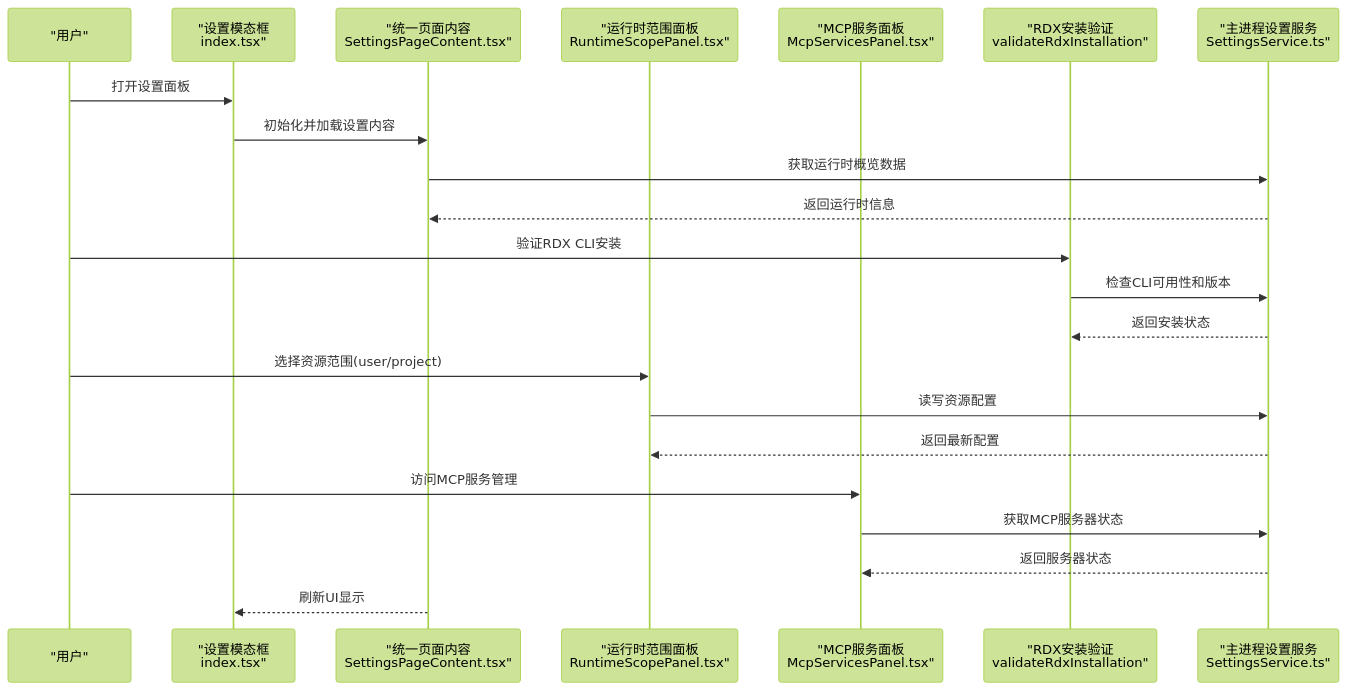
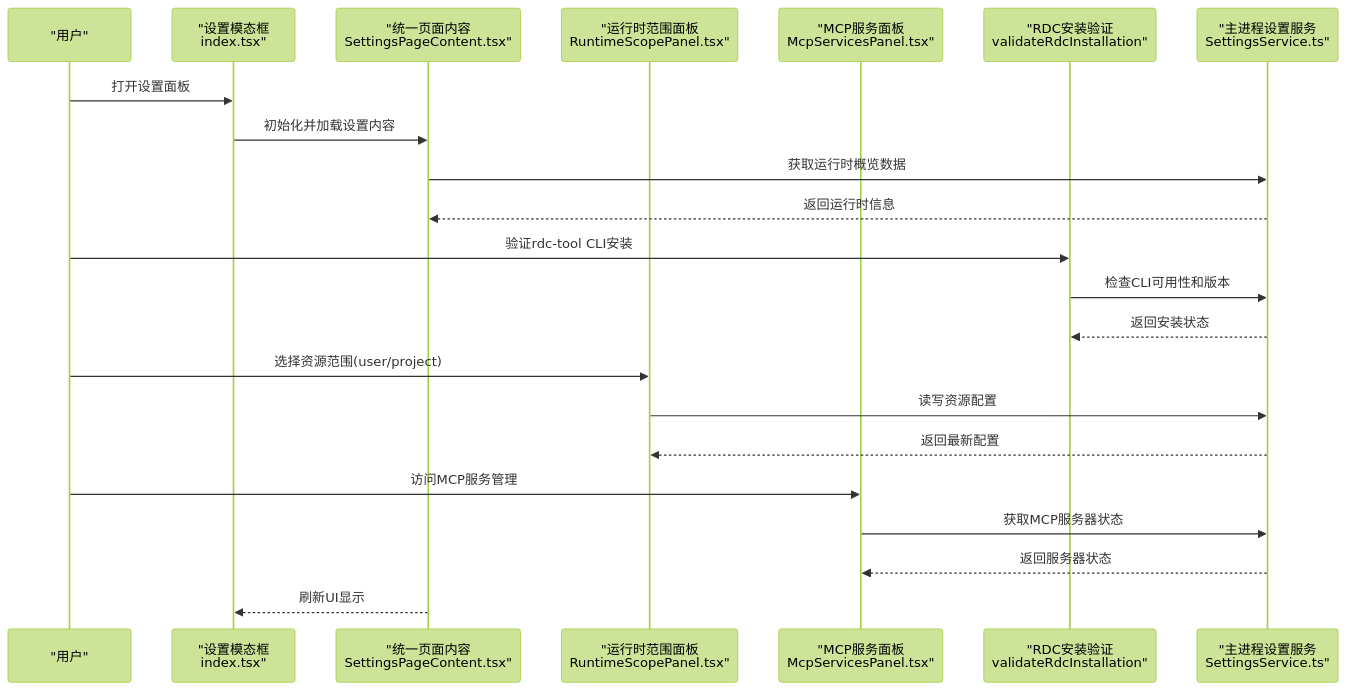
One commit to haolange/RDC-Agent changed the second of 4 diagrams in .qoder/repowiki/zh/content/用户界面/设置面板/设置面板.md. Above: the diagram before and after it, drawn with Mermaid (forest theme). The commit also changed other lines of this file and 557 other files, not shown here.

First line of the commit message:
Unify RDC-Agent identity and canonical RDC-Tool integration

````diff
--- a/.qoder/repowiki/zh/content/用户界面/设置面板/设置面板.md
+++ b/.qoder/repowiki/zh/content/用户界面/设置面板/设置面板.md
@@ -113,24 +113,24 @@
 ```mermaid
 sequenceDiagram
 participant U as "用户"
 participant M as "设置模态框<br/>index.tsx"
 participant S as "统一页面内容<br/>SettingsPageContent.tsx"
 participant R as "运行时范围面板<br/>RuntimeScopePanel.tsx"
 participant MCP as "MCP服务面板<br/>McpServicesPanel.tsx"
-participant V as "RDX安装验证<br/>validateRdxInstallation"
+participant V as "RDC安装验证<br/>validateRdcInstallation"
 participant P as "主进程设置服务<br/>SettingsService.ts"
 U->>M : 打开设置面板
 M->>S : 初始化并加载设置内容
 S->>P : 获取运行时概览数据
 P-->>S : 返回运行时信息
-U->>V : 验证RDX CLI安装
+U->>V : 验证rdc-tool CLI安装
 V->>P : 检查CLI可用性和版本
 P-->>V : 返回安装状态
 U->>R : 选择资源范围(user/project)
 R->>P : 读写资源配置
 P-->>R : 返回最新配置
 U->>MCP : 访问MCP服务管理
 MCP->>P : 获取MCP服务器状态
 P-->>MCP : 返回服务器状态
 S-->>M : 刷新UI显示
 ```
````
